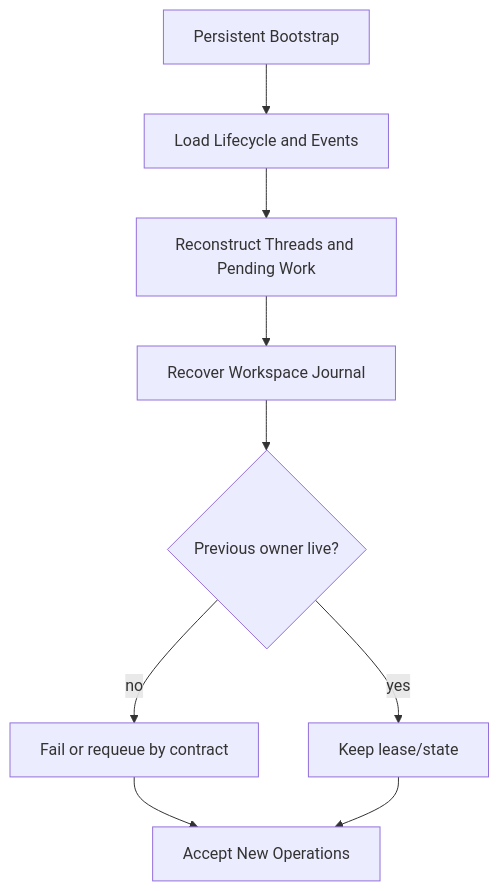
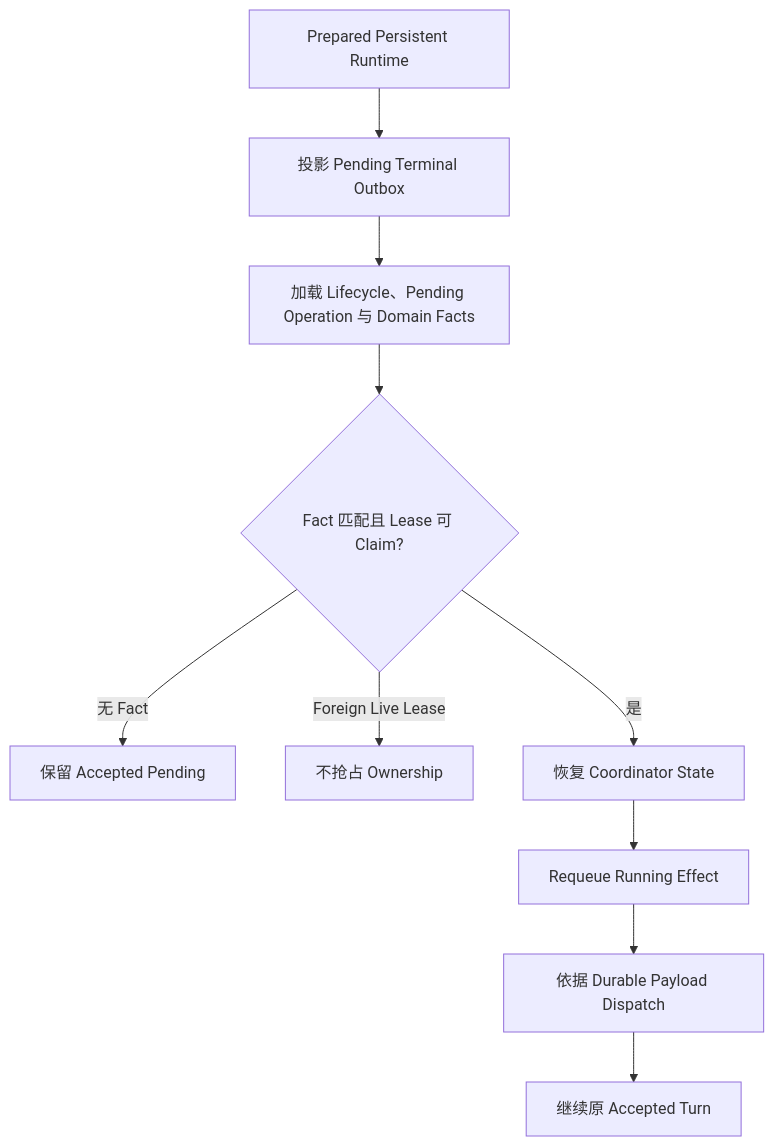
One commit to fwtllh-png/CodeHelper changed the diagram in docs/book/zh-CN/03-runtime-kernel/06-resume-and-recovery.md. Above: the diagram before and after it, drawn with Mermaid. The commit also changed other lines of this file and 14 other files, not shown here.

````diff
--- a/docs/book/zh-CN/03-runtime-kernel/06-resume-and-recovery.md
+++ b/docs/book/zh-CN/03-runtime-kernel/06-resume-and-recovery.md
@@ -56,11 +63,12 @@
 ```mermaid
 flowchart TD
-    B[Persistent Bootstrap] --> L[Load Lifecycle and Events]
-    L --> R[Reconstruct Threads and Pending Work]
-    R --> J[Recover Workspace Journal]
-    J --> C{Previous owner live?}
-    C -->|yes| K[Keep lease/state]
-    C -->|no| F[Fail or requeue by contract]
-    F --> A[Accept New Operations]
-    K --> A
+    B[Prepared Persistent Runtime] --> O[投影 Pending Terminal Outbox]
+    O --> L[加载 Lifecycle、Pending Operation 与 Domain Facts]
+    L --> C{Fact 匹配且 Lease 可 Claim?}
+    C -->|无 Fact| I[保留 Accepted Pending]
+    C -->|Foreign Live Lease| K[不抢占 Ownership]
+    C -->|是| R[恢复 Coordinator State]
+    R --> Q[Requeue Running Effect]
+    Q --> D[依据 Durable Payload Dispatch]
+    D --> A[继续原 Accepted Turn]
 ```
````
